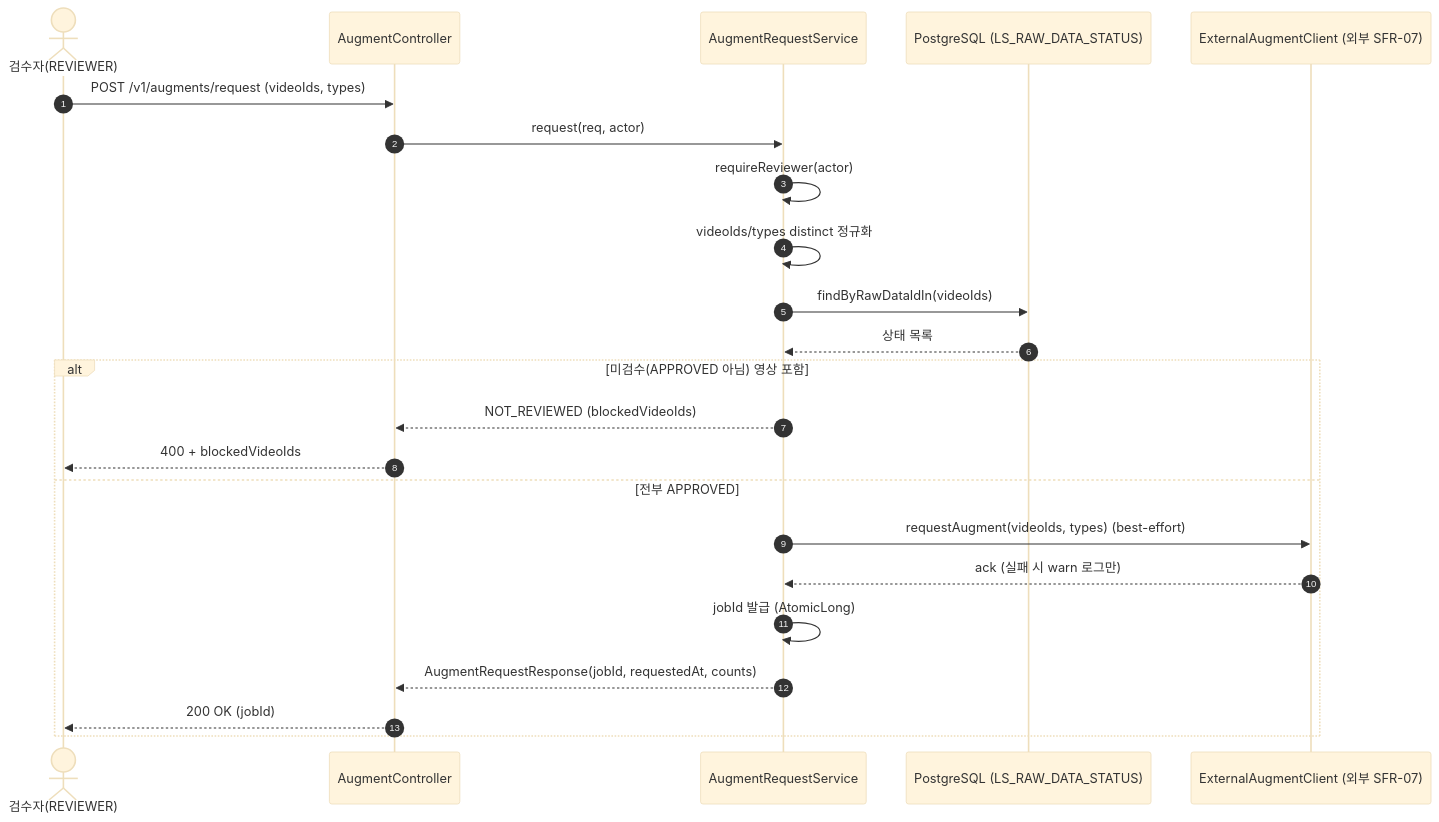
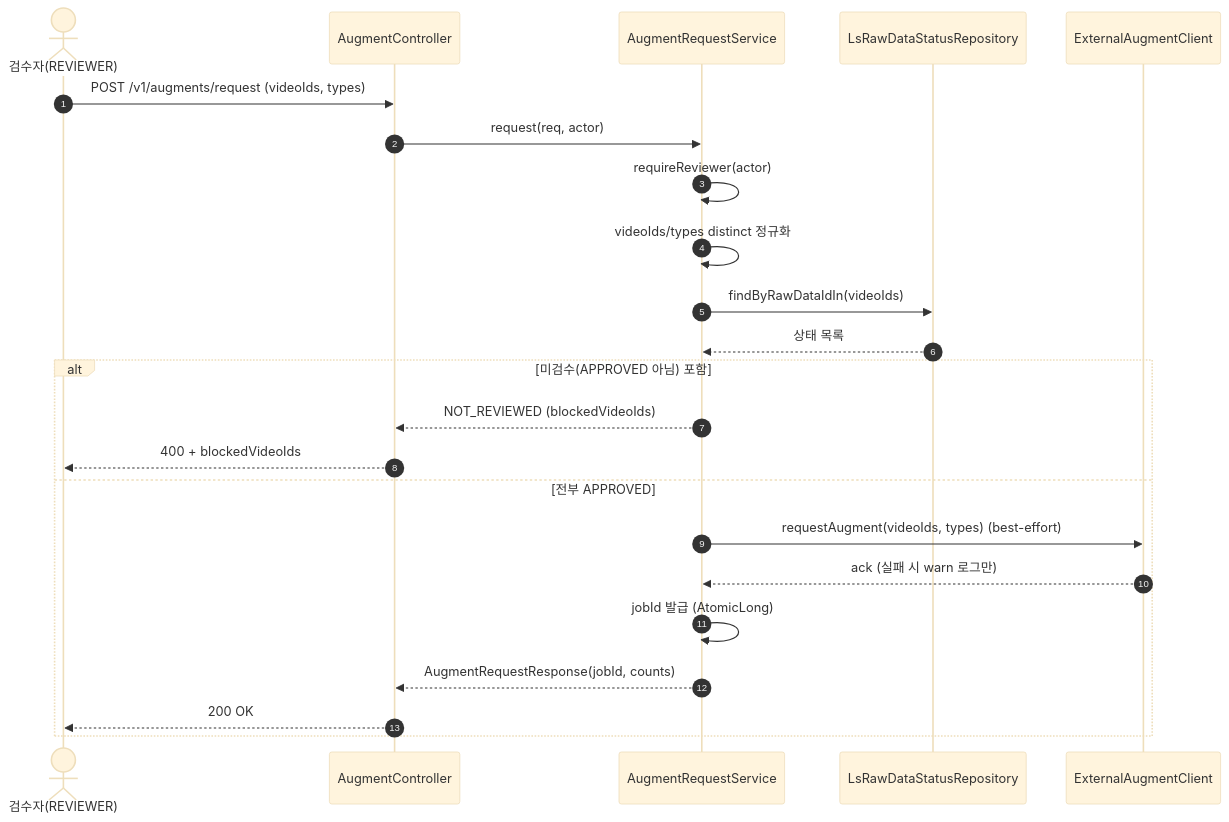
Before and after one commit to New-stella/klid-label: the first of 26 diagrams in docs/design/D1-클래스설계서.md, drawn with Mermaid (base theme). The commit also changed other lines of this file and 6 other files, not shown here.

````diff
--- a/docs/design/D1-클래스설계서.md
+++ b/docs/design/D1-클래스설계서.md
@@ -318,26 +215,25 @@
 ```mermaid
 sequenceDiagram
     autonumber
     actor RV as 검수자(REVIEWER)
     participant AC as AugmentController
     participant ARS as AugmentRequestService
-    participant DB as PostgreSQL (LS_RAW_DATA_STATUS)
-    participant EX as ExternalAugmentClient (외부 SFR-07)
-
+    participant DB as LsRawDataStatusRepository
+    participant EX as ExternalAugmentClient
     RV->>AC: POST /v1/augments/request (videoIds, types)
     AC->>ARS: request(req, actor)
     ARS->>ARS: requireReviewer(actor)
     ARS->>ARS: videoIds/types distinct 정규화
     ARS->>DB: findByRawDataIdIn(videoIds)
     DB-->>ARS: 상태 목록
-    alt 미검수(APPROVED 아님) 영상 포함
+    alt 미검수(APPROVED 아님) 포함
         ARS-->>AC: NOT_REVIEWED (blockedVideoIds)
         AC-->>RV: 400 + blockedVideoIds
     else 전부 APPROVED
         ARS->>EX: requestAugment(videoIds, types) (best-effort)
         EX-->>ARS: ack (실패 시 warn 로그만)
         ARS->>ARS: jobId 발급 (AtomicLong)
-        ARS-->>AC: AugmentRequestResponse(jobId, requestedAt, counts)
-        AC-->>RV: 200 OK (jobId)
+        ARS-->>AC: AugmentRequestResponse(jobId, counts)
+        AC-->>RV: 200 OK
     end
 ```
````
